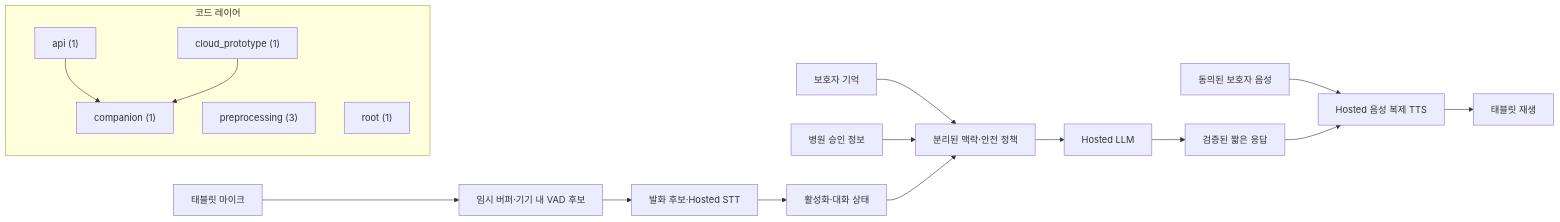
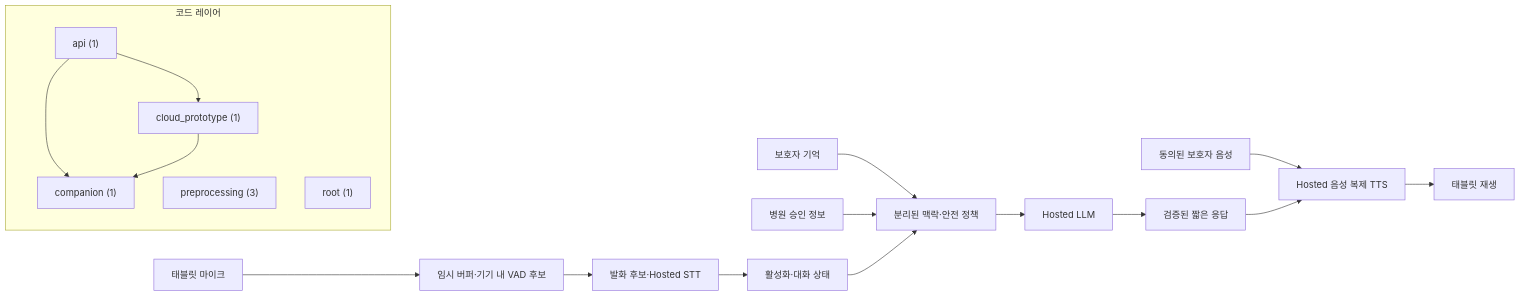
The diagram in architecture/generated/project-map.md (GracieRho/KoF5-TTS-delirium), drawn with Mermaid before and after one commit. The commit also changed other lines of this file and 8 other files, not shown here.

````diff
--- a/architecture/generated/project-map.md
+++ b/architecture/generated/project-map.md
@@ -5,24 +5,25 @@
 ```mermaid
 flowchart LR
   mic["태블릿 마이크"] --> vad["임시 버퍼·기기 내 VAD 후보"]
   vad --> stt["발화 후보·Hosted STT"]
   stt --> activation["활성화·대화 상태"]
   family["보호자 기억"] --> context["분리된 맥락·안전 정책"]
   hospital["병원 승인 정보"] --> context
   activation --> context
   context --> llm["Hosted LLM"]
   llm --> response["검증된 짧은 응답"]
   guardian["동의된 보호자 음성"] --> voice["Hosted 음성 복제 TTS"]
   response --> voice
   voice --> tablet["태블릿 재생"]
 
   subgraph code["코드 레이어"]
     layer_api["api (1)"]
     layer_cloud_prototype["cloud_prototype (1)"]
     layer_companion["companion (1)"]
     layer_preprocessing["preprocessing (3)"]
     layer_root["root (1)"]
+    layer_api --> layer_cloud_prototype
     layer_api --> layer_companion
     layer_cloud_prototype --> layer_companion
   end
 ```
````
